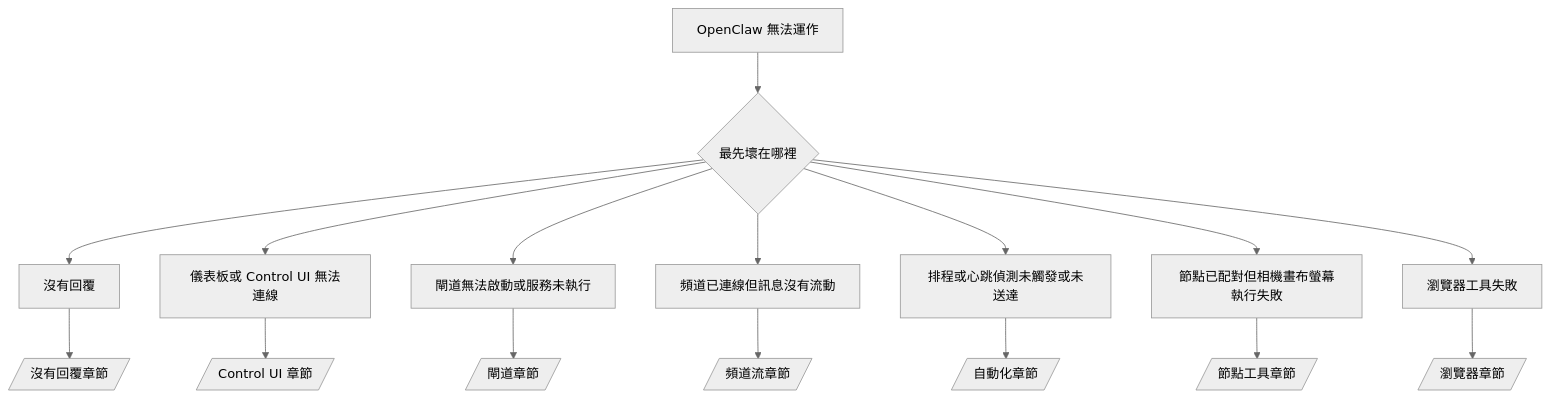
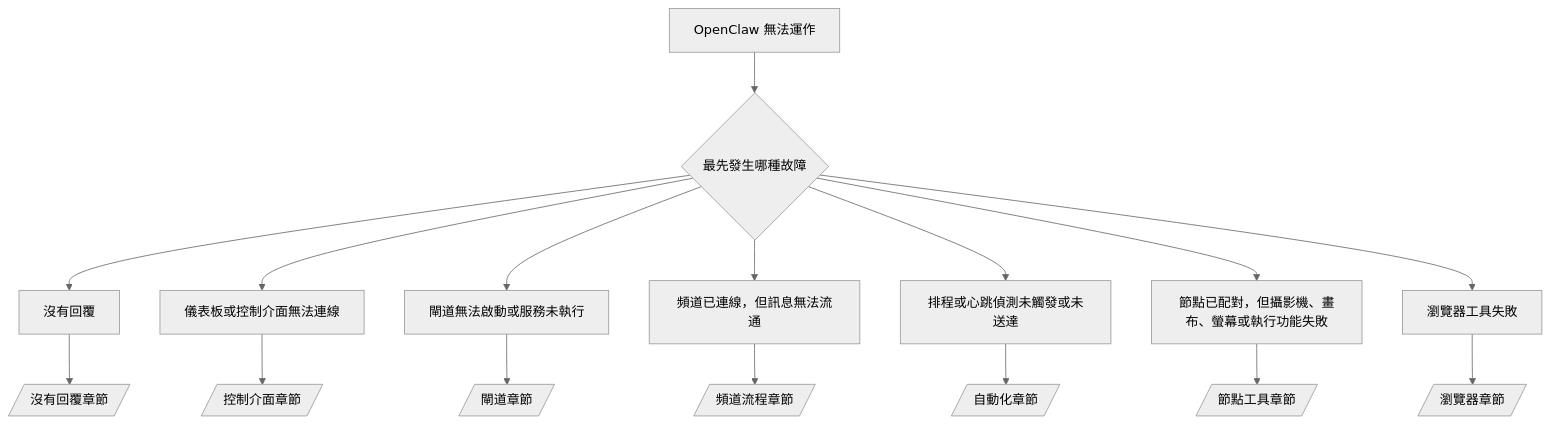
The diagram in docs/zh-TW/help/troubleshooting.md (openclaw/docs), drawn with Mermaid (neutral theme) before and after one commit. The commit also changed other lines of this file and 11240 other files, not shown here.

````diff
--- a/docs/zh-TW/help/troubleshooting.md
+++ b/docs/zh-TW/help/troubleshooting.md
@@ -189,19 +186,19 @@
 ```mermaid
 flowchart TD
-  A[OpenClaw 無法運作] --> B{最先壞在哪裡}
+  A[OpenClaw 無法運作] --> B{最先發生哪種故障}
   B --> C[沒有回覆]
-  B --> D[儀表板或 Control UI 無法連線]
+  B --> D[儀表板或控制介面無法連線]
   B --> E[閘道無法啟動或服務未執行]
-  B --> F[頻道已連線但訊息沒有流動]
+  B --> F[頻道已連線，但訊息無法流通]
   B --> G[排程或心跳偵測未觸發或未送達]
-  B --> H[節點已配對但相機畫布螢幕執行失敗]
+  B --> H[節點已配對，但攝影機、畫布、螢幕或執行功能失敗]
   B --> I[瀏覽器工具失敗]
 
   C --> C1[/沒有回覆章節/]
-  D --> D1[/Control UI 章節/]
+  D --> D1[/控制介面章節/]
   E --> E1[/閘道章節/]
-  F --> F1[/頻道流章節/]
+  F --> F1[/頻道流程章節/]
   G --> G1[/自動化章節/]
   H --> H1[/節點工具章節/]
   I --> I1[/瀏覽器章節/]
 ```
````
